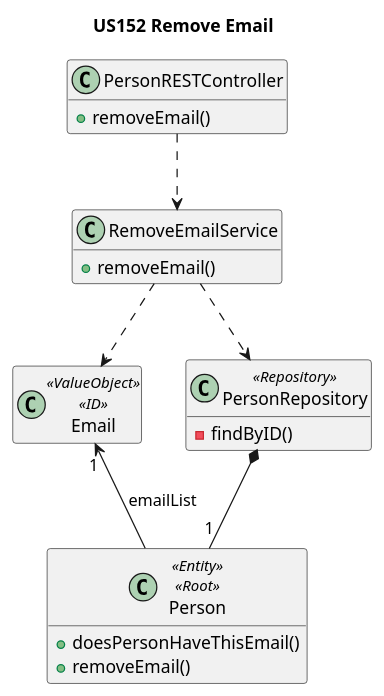
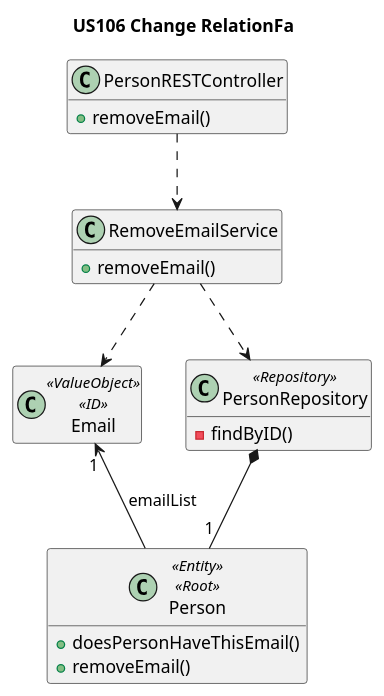
One commit to tomas-osswald/switch_2020_g3 changed the third of 4 diagrams in docs/sprint7/user_stories/US106_ChangeRelation.md. Above: the diagram before and after it, drawn with PlantUML. The commit also changed other lines of this file and 4 other files, not shown here.

````diff
--- a/docs/sprint7/user_stories/US106_ChangeRelation.md
+++ b/docs/sprint7/user_stories/US106_ChangeRelation.md
@@ -126,50 +126,50 @@
 ```plantuml
 @startuml
 
-title US152 Remove Email
+title US106 Change RelationFa
 
 skinparam linetype polyline
 hide empty members
 
 class PersonRESTController {
 + removeEmail()
   }
 
 
 
 class RemoveEmailService {
 + removeEmail()
   }
 
 
 
 class Email <<ValueObject>> <<ID>> {
 }
 
 class PersonRepository <<Repository>> {
 - findByID()
 
 
 }
 
 class Person <<Entity>> <<Root>> {
 + doesPersonHaveThisEmail()
 + removeEmail()
   }
 
 
 
 PersonRESTController .-d> RemoveEmailService
 
 
 
 
 RemoveEmailService .-> PersonRepository
 RemoveEmailService -.> Email
 
 PersonRepository *-- "1" Person
 
 Person -u-> "1" Email : emailList
 
 @enduml
 ```
````
